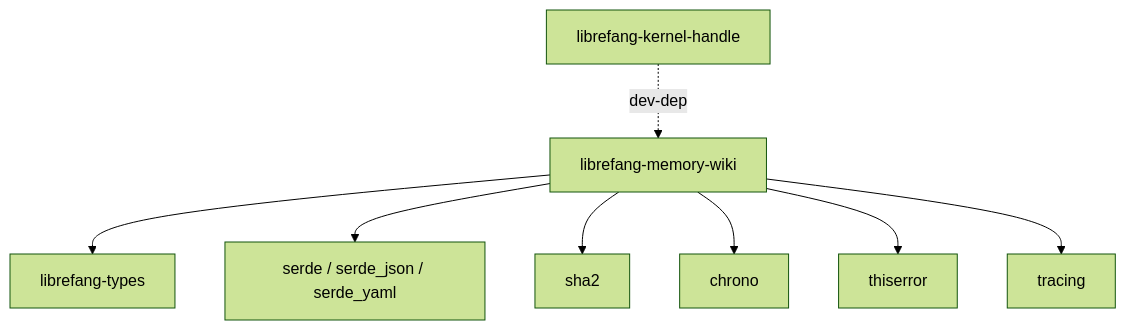
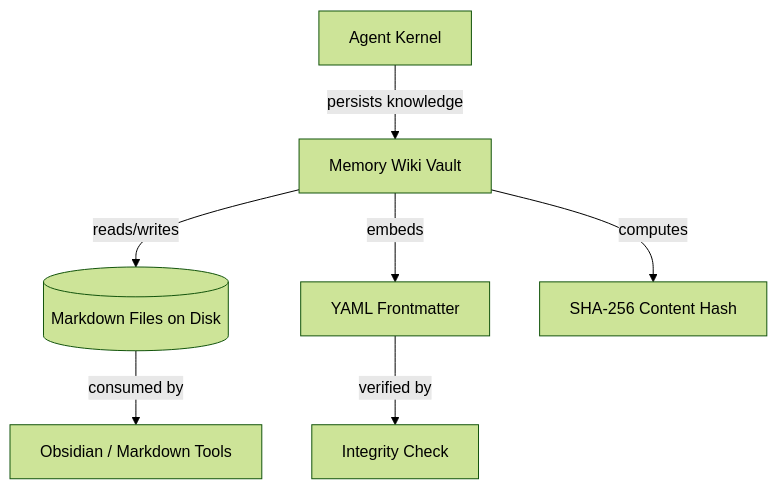
One commit to leszek3737/librefang-WIki changed the diagram in other-librefang-memory-wiki.md. Above: the diagram before and after it, drawn with Mermaid (forest theme). The commit also changed other lines of this file and 119 other files, not shown here.

````diff
--- a/other-librefang-memory-wiki.md
+++ b/other-librefang-memory-wiki.md
@@ -15,10 +31,9 @@
 ```mermaid
 graph TD
-    A[librefang-memory-wiki] --> B[librefang-types]
-    A --> C[serde / serde_json / serde_yaml]
-    A --> D[sha2]
-    A --> E[chrono]
-    A --> F[thiserror]
-    A --> G[tracing]
-    H[librefang-kernel-handle] -.->|dev-dep| A
+    A[Agent Kernel] -->|persists knowledge| W[Memory Wiki Vault]
+    W -->|reads/writes| D[(Markdown Files on Disk)]
+    W -->|embeds| F[YAML Frontmatter]
+    W -->|computes| H[SHA-256 Content Hash]
+    D -->|consumed by| O[Obsidian / Markdown Tools]
+    F -->|verified by| I[Integrity Check]
 ```
````
